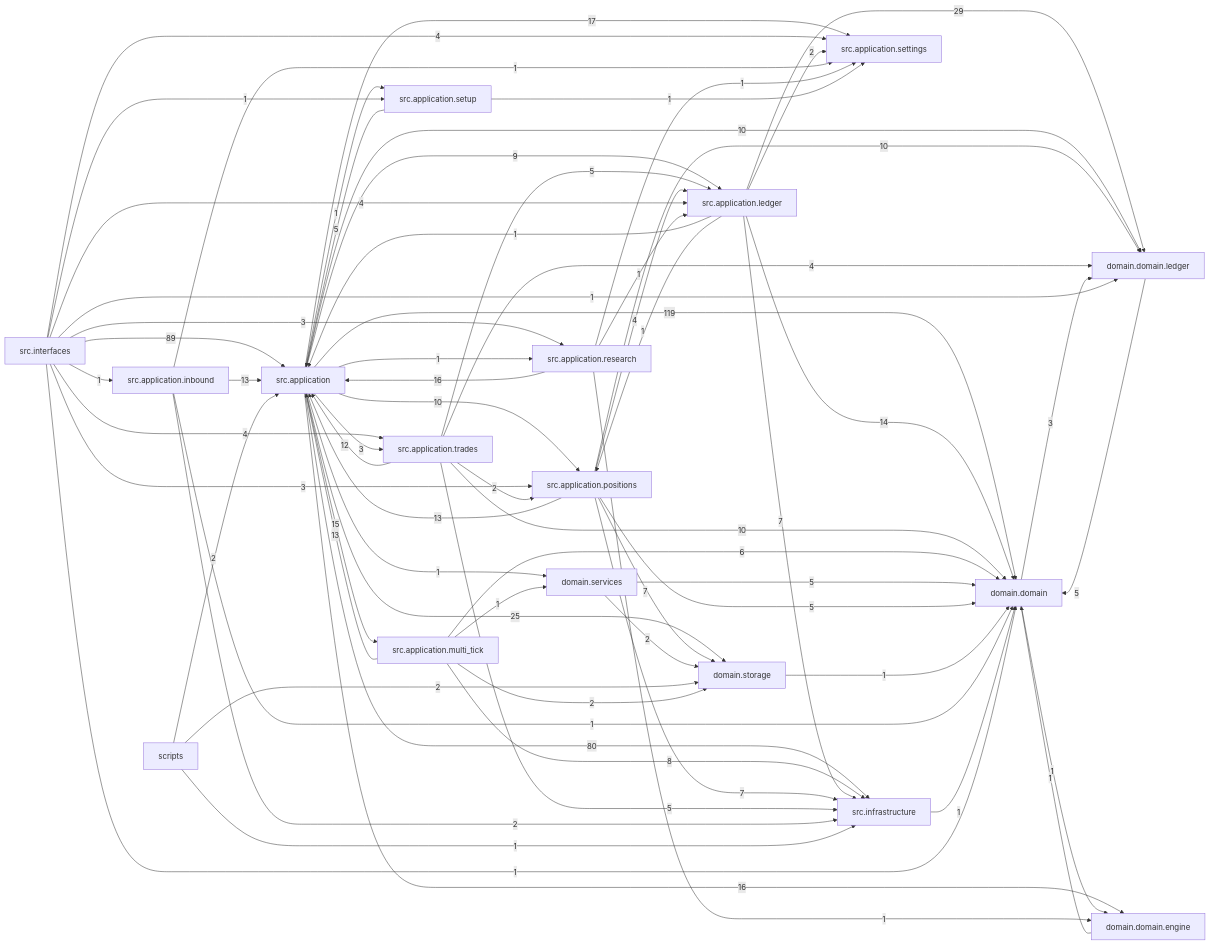
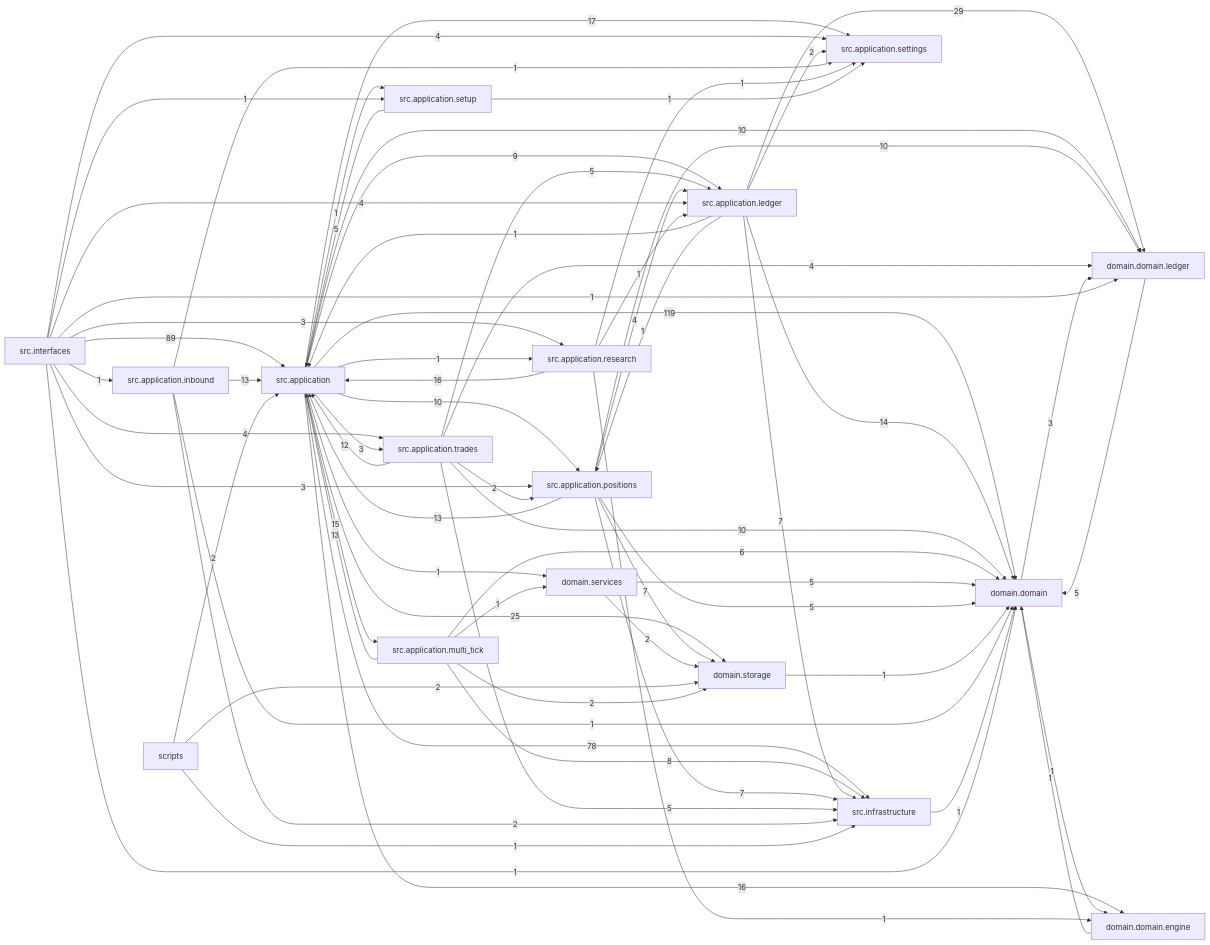
Before and after one commit to liuxie066/options-monitor: the diagram in docs/dependency_graph.mmd, drawn with Mermaid. The commit also changed 54 other files, not shown here.

```diff
--- a/docs/dependency_graph.mmd
+++ b/docs/dependency_graph.mmd
@@ -1,68 +1,68 @@
 flowchart LR
   src_application["src.application"] -->|119| domain_domain["domain.domain"]
   src_interfaces["src.interfaces"] -->|89| src_application["src.application"]
-  src_application["src.application"] -->|80| src_infrastructure["src.infrastructure"]
+  src_application["src.application"] -->|78| src_infrastructure["src.infrastructure"]
   src_application_ledger["src.application.ledger"] -->|29| domain_domain_ledger["domain.domain.ledger"]
   src_application["src.application"] -->|25| domain_storage["domain.storage"]
   src_application["src.application"] -->|17| src_application_settings["src.application.settings"]
   src_application["src.application"] -->|16| domain_domain_engine["domain.domain.engine"]
   src_application_research["src.application.research"] -->|16| src_application["src.application"]
   src_application["src.application"] -->|15| src_application_multi_tick["src.application.multi_tick"]
   src_application_ledger["src.application.ledger"] -->|14| domain_domain["domain.domain"]
   src_application_inbound["src.application.inbound"] -->|13| src_application["src.application"]
   src_application_multi_tick["src.application.multi_tick"] -->|13| src_application["src.application"]
   src_application_positions["src.application.positions"] -->|13| src_application["src.application"]
   src_application_trades["src.application.trades"] -->|12| src_application["src.application"]
   src_application["src.application"] -->|10| domain_domain_ledger["domain.domain.ledger"]
   src_application["src.application"] -->|10| src_application_positions["src.application.positions"]
   src_application_positions["src.application.positions"] -->|10| domain_domain_ledger["domain.domain.ledger"]
   src_application_trades["src.application.trades"] -->|10| domain_domain["domain.domain"]
   src_application["src.application"] -->|9| src_application_ledger["src.application.ledger"]
   src_application_multi_tick["src.application.multi_tick"] -->|8| src_infrastructure["src.infrastructure"]
   src_application_ledger["src.application.ledger"] -->|7| src_infrastructure["src.infrastructure"]
   src_application_positions["src.application.positions"] -->|7| domain_storage["domain.storage"]
   src_application_positions["src.application.positions"] -->|7| src_infrastructure["src.infrastructure"]
   src_application_multi_tick["src.application.multi_tick"] -->|6| domain_domain["domain.domain"]
   domain_domain_ledger["domain.domain.ledger"] -->|5| domain_domain["domain.domain"]
   domain_services["domain.services"] -->|5| domain_domain["domain.domain"]
   src_application_positions["src.application.positions"] -->|5| domain_domain["domain.domain"]
   src_application_setup["src.application.setup"] -->|5| src_application["src.application"]
   src_application_trades["src.application.trades"] -->|5| src_application_ledger["src.application.ledger"]
   src_application_trades["src.application.trades"] -->|5| src_infrastructure["src.infrastructure"]
   src_application_positions["src.application.positions"] -->|4| src_application_ledger["src.application.ledger"]
   src_application_trades["src.application.trades"] -->|4| domain_domain_ledger["domain.domain.ledger"]
   src_interfaces["src.interfaces"] -->|4| src_application_ledger["src.application.ledger"]
   src_interfaces["src.interfaces"] -->|4| src_application_settings["src.application.settings"]
   src_interfaces["src.interfaces"] -->|4| src_application_trades["src.application.trades"]
   domain_domain["domain.domain"] -->|3| domain_domain_ledger["domain.domain.ledger"]
   src_application["src.application"] -->|3| src_application_trades["src.application.trades"]
   src_interfaces["src.interfaces"] -->|3| src_application_positions["src.application.positions"]
   src_interfaces["src.interfaces"] -->|3| src_application_research["src.application.research"]
   domain_services["domain.services"] -->|2| domain_storage["domain.storage"]
   scripts["scripts"] -->|2| domain_storage["domain.storage"]
   scripts["scripts"] -->|2| src_application["src.application"]
   src_application_inbound["src.application.inbound"] -->|2| src_infrastructure["src.infrastructure"]
   src_application_ledger["src.application.ledger"] -->|2| src_application_settings["src.application.settings"]
   src_application_multi_tick["src.application.multi_tick"] -->|2| domain_storage["domain.storage"]
   src_application_trades["src.application.trades"] -->|2| src_application_positions["src.application.positions"]
   domain_domain["domain.domain"] -->|1| domain_domain_engine["domain.domain.engine"]
   domain_domain_engine["domain.domain.engine"] -->|1| domain_domain["domain.domain"]
   domain_storage["domain.storage"] -->|1| domain_domain["domain.domain"]
   scripts["scripts"] -->|1| src_infrastructure["src.infrastructure"]
   src_application["src.application"] -->|1| domain_services["domain.services"]
   src_application["src.application"] -->|1| src_application_research["src.application.research"]
   src_application["src.application"] -->|1| src_application_setup["src.application.setup"]
   src_application_inbound["src.application.inbound"] -->|1| domain_domain["domain.domain"]
   src_application_inbound["src.application.inbound"] -->|1| src_application_settings["src.application.settings"]
   src_application_ledger["src.application.ledger"] -->|1| src_application["src.application"]
   src_application_ledger["src.application.ledger"] -->|1| src_application_positions["src.application.positions"]
   src_application_multi_tick["src.application.multi_tick"] -->|1| domain_services["domain.services"]
   src_application_research["src.application.research"] -->|1| domain_domain_engine["domain.domain.engine"]
   src_application_research["src.application.research"] -->|1| src_application_ledger["src.application.ledger"]
   src_application_research["src.application.research"] -->|1| src_application_settings["src.application.settings"]
   src_application_setup["src.application.setup"] -->|1| src_application_settings["src.application.settings"]
   src_infrastructure["src.infrastructure"] -->|1| domain_domain["domain.domain"]
   src_interfaces["src.interfaces"] -->|1| domain_domain["domain.domain"]
   src_interfaces["src.interfaces"] -->|1| domain_domain_ledger["domain.domain.ledger"]
   src_interfaces["src.interfaces"] -->|1| src_application_inbound["src.application.inbound"]
   src_interfaces["src.interfaces"] -->|1| src_application_setup["src.application.setup"]
```
